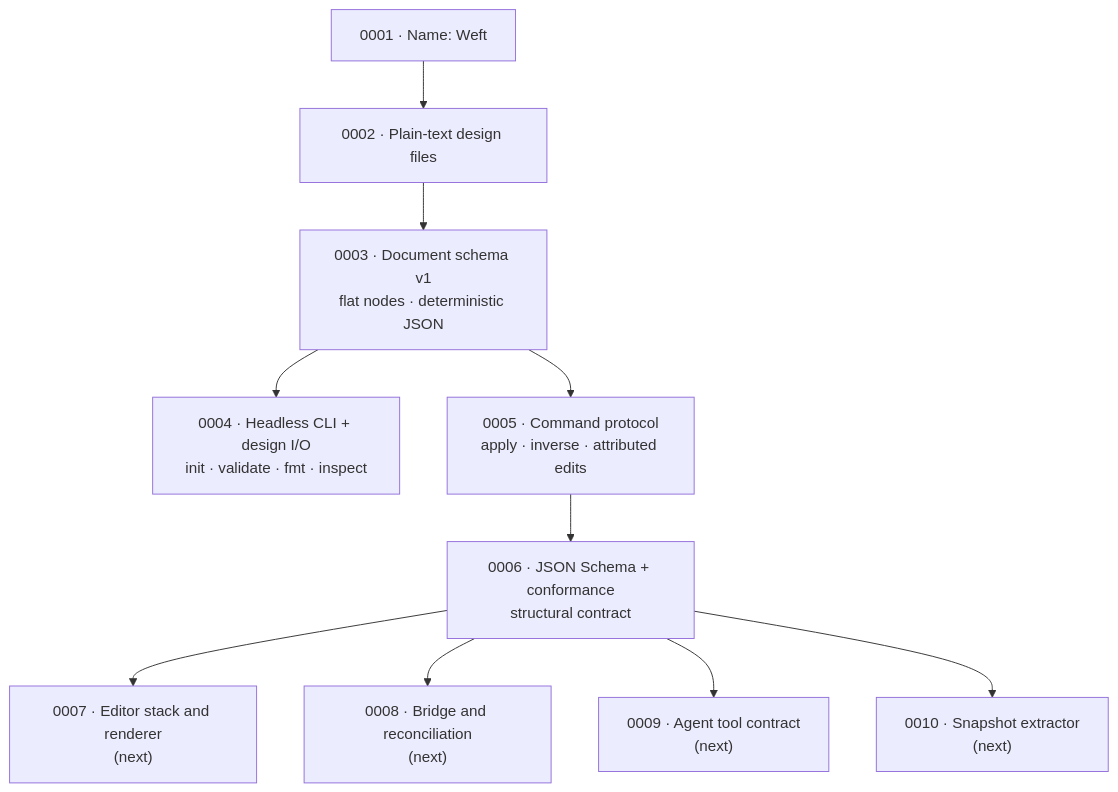
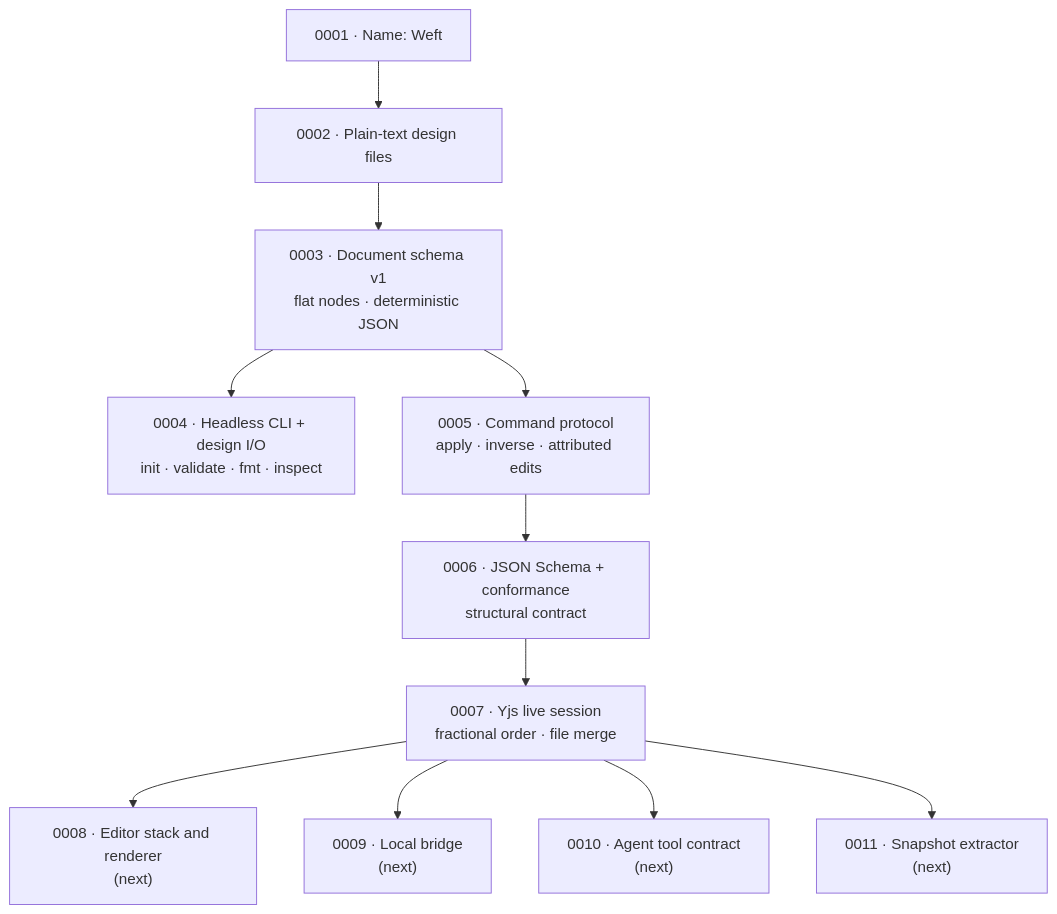
Before and after one commit to Pranesh-Selvaraj/Weft: the diagram in docs/decisions/README.md, drawn with Mermaid. The commit also changed other lines of this file and 16 other files, not shown here.

First line of the commit message:
Add the Yjs live session and file-write reconciliation

````diff
--- a/docs/decisions/README.md
+++ b/docs/decisions/README.md
@@ -29,12 +30,13 @@
 ```mermaid
 graph TD
     A["0001 · Name: Weft"] --> B["0002 · Plain-text design files"]
     B --> C["0003 · Document schema v1<br/>flat nodes · deterministic JSON"]
     C --> D["0004 · Headless CLI + design I/O<br/>init · validate · fmt · inspect"]
     C --> E["0005 · Command protocol<br/>apply · inverse · attributed edits"]
     E --> F["0006 · JSON Schema + conformance<br/>structural contract"]
-    F --> G["0007 · Editor stack and renderer<br/>(next)"]
-    F --> H["0008 · Bridge and reconciliation<br/>(next)"]
-    F --> I["0009 · Agent tool contract<br/>(next)"]
-    F --> J["0010 · Snapshot extractor<br/>(next)"]
+    F --> G["0007 · Yjs live session<br/>fractional order · file merge"]
+    G --> H["0008 · Editor stack and renderer<br/>(next)"]
+    G --> I["0009 · Local bridge<br/>(next)"]
+    G --> J["0010 · Agent tool contract<br/>(next)"]
+    G --> K["0011 · Snapshot extractor<br/>(next)"]
 ```
````
